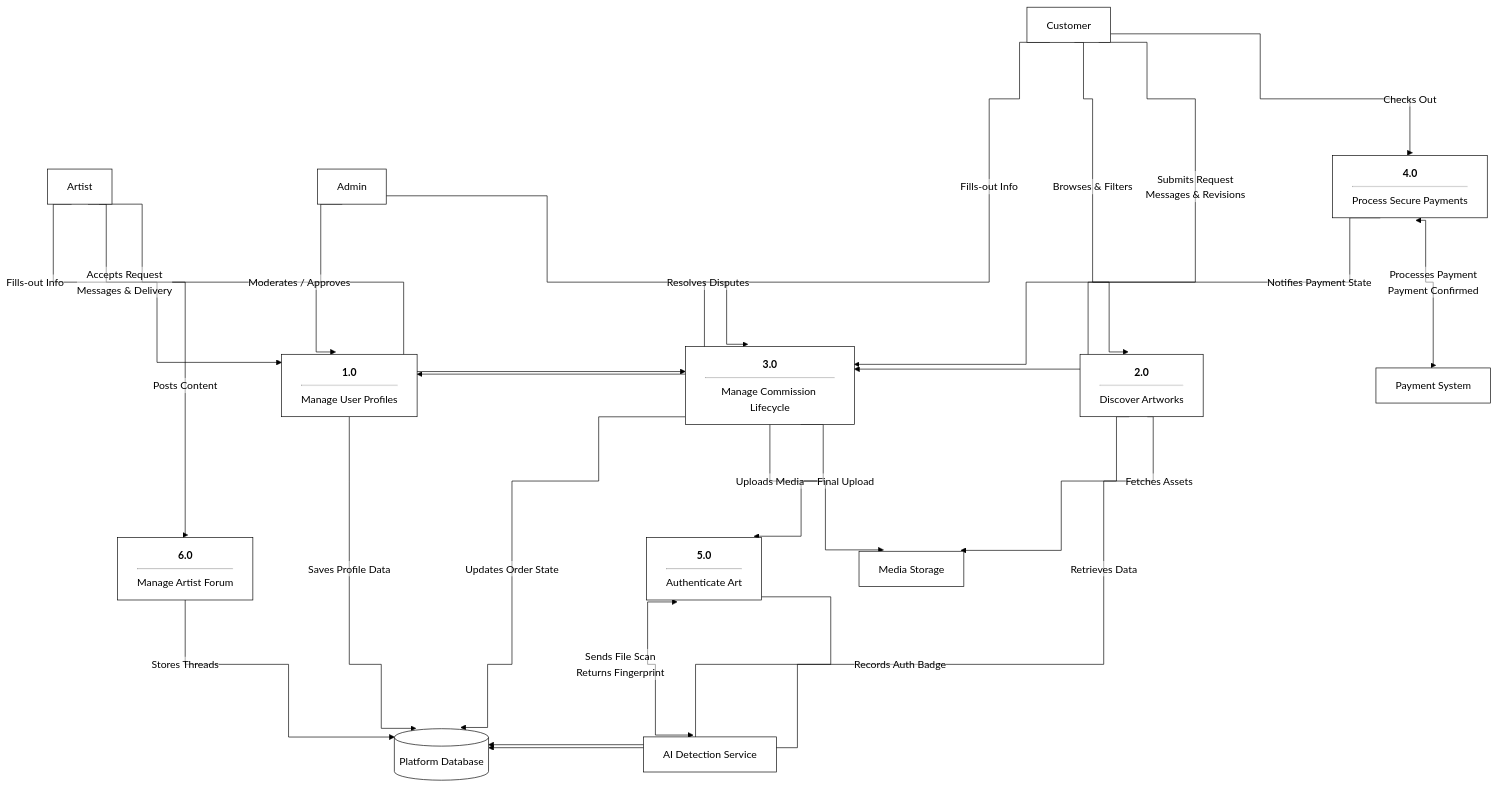
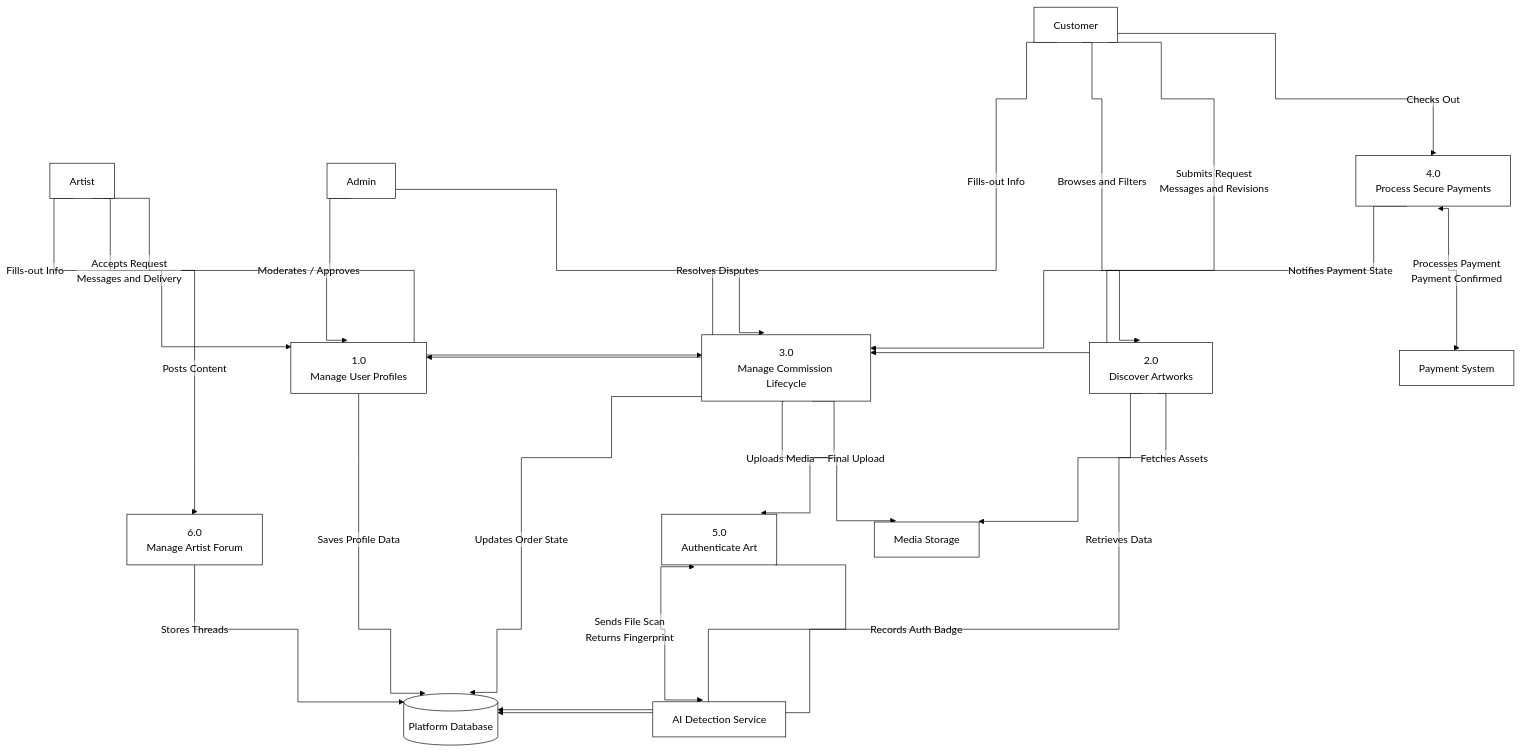
Before and after one commit to binssente-crypto/DFD: the second of 3 diagrams in README.md, drawn with Mermaid. The commit also changed other lines of this file, not shown here.

````diff
--- a/README.md
+++ b/README.md
@@ -32,51 +32,51 @@
 ```mermaid
 %%{init: { 'flowchart': { 'curve': 'step', 'nodeSpacing': 150, 'rankSpacing': 150 }, 'theme': 'base', 'themeVariables': { 'primaryColor': '#ffffff', 'primaryBorderColor': '#000000', 'primaryTextColor': '#000000', 'lineColor': '#000000', 'background': '#ffffff', 'edgeLabelBackground': 'rgba(255, 255, 255, 0)' } }}%%
 graph TD
     %% External Entities
     Customer[Customer]
     Artist[Artist]
     Admin[Admin]
     
     %% Generalized Providers
     Payment[Payment System]
     AI_Auth[AI Detection Service]
     Storage[Media Storage]
     
     %% Database Store
     Database[(Platform Database)]
     
     %% Processes
-    P1["<b>1.0</b><hr/>Manage User Profiles"]
-    P2["<b>2.0</b><hr/>Discover Artworks"]
-    P3["<b>3.0</b><hr/>Manage Commission Lifecycle"]
-    P4["<b>4.0</b><hr/>Process Secure Payments"]
-    P5["<b>5.0</b><hr/>Authenticate Art"]
-    P6["<b>6.0</b><hr/>Manage Artist Forum"]
+    P1["1.0<br/>Manage User Profiles"]
+    P2["2.0<br/>Discover Artworks"]
+    P3["3.0<br/>Manage Commission Lifecycle"]
+    P4["4.0<br/>Process Secure Payments"]
+    P5["5.0<br/>Authenticate Art"]
+    P6["6.0<br/>Manage Artist Forum"]
     
     %% Flows
     Customer -- "Fills-out Info" --> P1
     Artist -- "Fills-out Info" --> P1
     Admin -- "Moderates / Approves" --> P1
     P1 -- "Saves Profile Data" --> Database
     
-    Customer -- "Browses & Filters" --> P2
+    Customer -- "Browses and Filters" --> P2
     P2 -- "Retrieves Data" --> Database
     P2 -- "Fetches Assets" --> Storage
     
-    Customer -- "Submits Request<br/>Messages & Revisions" --> P3
-    Artist -- "Accepts Request<br/>Messages & Delivery" --> P3
+    Customer -- "Submits Request<br/>Messages and Revisions" --> P3
+    Artist -- "Accepts Request<br/>Messages and Delivery" --> P3
     Admin -- "Resolves Disputes" --> P3
     P3 -- "Updates Order State" --> Database
     P3 -- "Uploads Media" --> Storage
     
     Customer -- "Checks Out" --> P4
     P4 -- "Notifies Payment State" --> P3
     P4 <--> |"Processes Payment<br/>Payment Confirmed"| Payment
     
     P3 -- "Final Upload" --> P5
     P5 <--> |"Sends File Scan<br/>Returns Fingerprint"| AI_Auth
     P5 -- "Records Auth Badge" --> Database
     
     Artist -- "Posts Content" --> P6
     P6 -- "Stores Threads" --> Database
 ```
````
